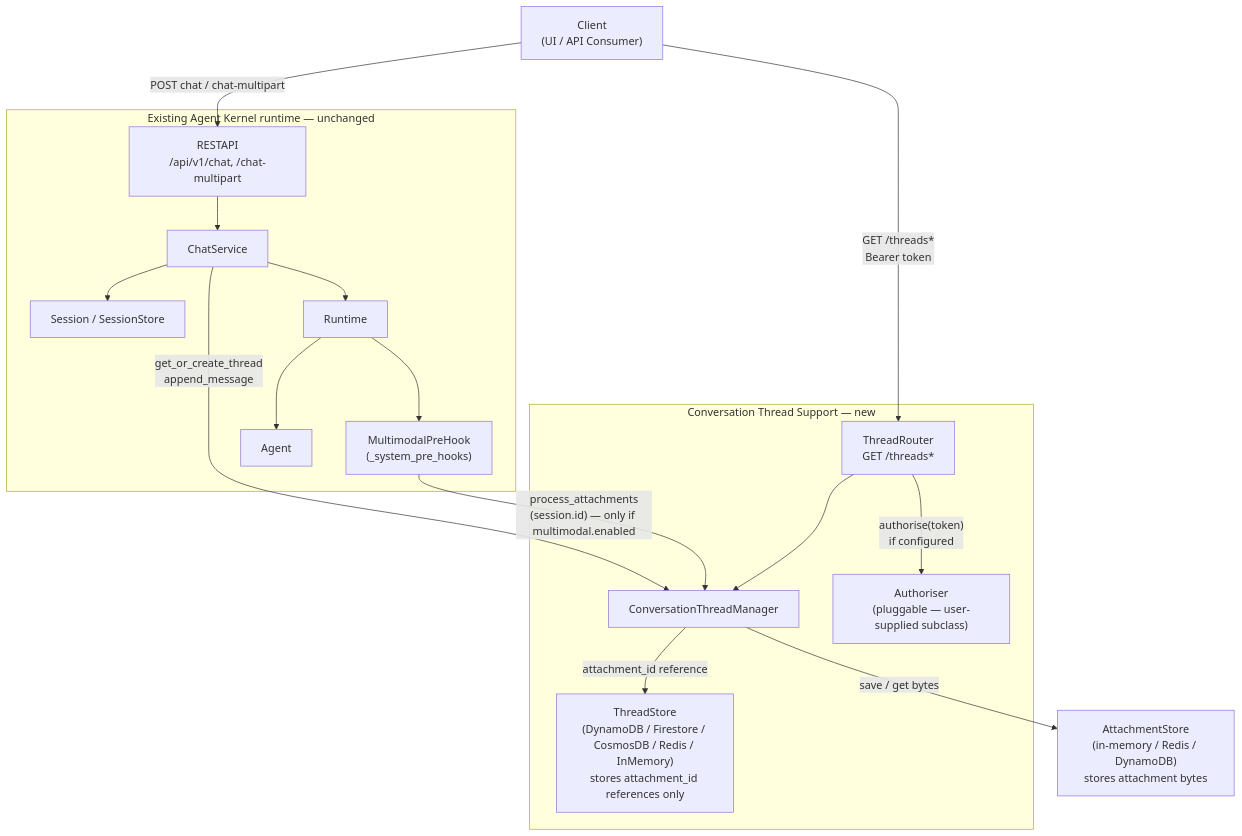
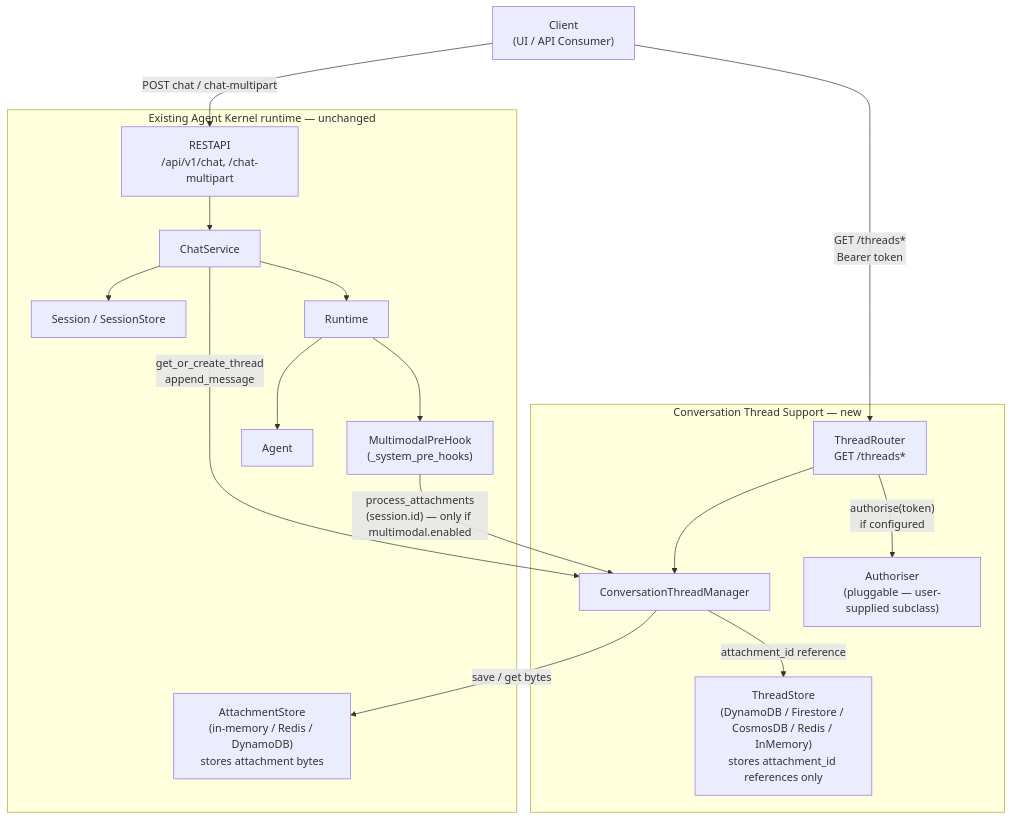
Before and after one commit to yaalalabs/agent-kernel: the first of 3 diagrams in docs/specs/conversation-thread-support.md, drawn with Mermaid. The commit also changed other lines of this file, not shown here.

````diff
--- a/docs/specs/conversation-thread-support.md
+++ b/docs/specs/conversation-thread-support.md
@@ -69,34 +69,33 @@
 ```mermaid
 flowchart TD
     Client["Client\n(UI / API Consumer)"]
 
     subgraph Existing["Existing Agent Kernel runtime — unchanged"]
         RESTAPI["RESTAPI\n/api/v1/chat, /chat-multipart"]
         ChatService["ChatService"]
         SessionStore["Session / SessionStore"]
         Runtime["Runtime"]
         MMHook["MultimodalPreHook\n(_system_pre_hooks)"]
         Agent["Agent"]
+        AS["AttachmentStore\n(in-memory / Redis / DynamoDB)\nstores attachment bytes"]
     end
 
     subgraph New["Conversation Thread Support — new"]
         ThreadRouter["ThreadRouter\nGET /threads*"]
         TSM["ConversationThreadManager"]
         TS["ThreadStore\n(DynamoDB / Firestore / CosmosDB / Redis / InMemory)\nstores attachment_id references only"]
         AUTH["Authoriser\n(pluggable — user-supplied subclass)"]
     end
-
-    AS["AttachmentStore\n(in-memory / Redis / DynamoDB)\nstores attachment bytes"]
 
     Client -->|"POST chat / chat-multipart"| RESTAPI --> ChatService
     ChatService --> SessionStore
     ChatService -->|"get_or_create_thread\nappend_message"| TSM
     ChatService --> Runtime --> MMHook
     Runtime --> Agent
     MMHook -->|"process_attachments\n(session.id) — only if multimodal.enabled"| TSM
     TSM -->|"save / get bytes"| AS
     TSM -->|"attachment_id reference"| TS
 
     Client -->|"GET /threads*\nBearer token"| ThreadRouter --> TSM
     ThreadRouter -->|"authorise(token)\nif configured"| AUTH
 ```
````
